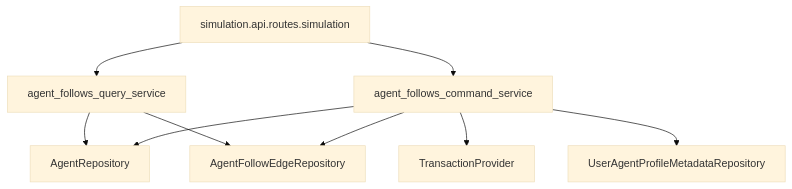
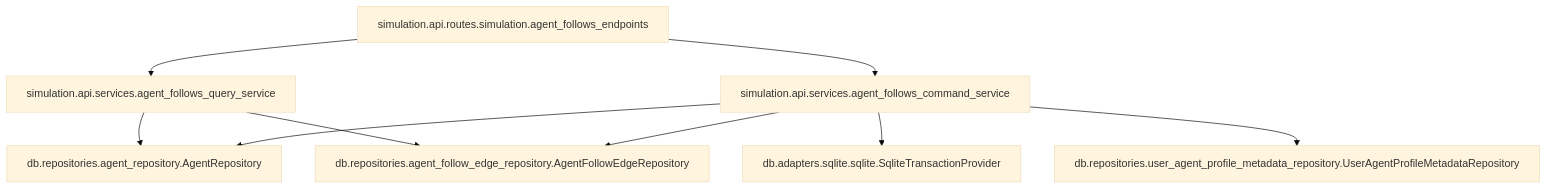
Before and after one commit to METResearchGroup/social_agent_simulation_platform: the diagram in docs/plans/2026-03-13_pr3_agent_follow_edges_593821/plan.md, drawn with Mermaid (base theme). The commit also changed other lines of this file and 2 other files, not shown here.

````diff
--- a/docs/plans/2026-03-13_pr3_agent_follow_edges_593821/plan.md
+++ b/docs/plans/2026-03-13_pr3_agent_follow_edges_593821/plan.md
@@ -22,13 +267,13 @@
 ```mermaid
 flowchart TD
-  ApiRoute[simulation.api.routes.simulation] --> QuerySvc[agent_follows_query_service]
-  ApiRoute --> CmdSvc[agent_follows_command_service]
+  ApiRoute[simulation.api.routes.simulation.agent_follows_endpoints] --> QuerySvc[simulation.api.services.agent_follows_query_service]
+  ApiRoute --> CmdSvc[simulation.api.services.agent_follows_command_service]
 
-  QuerySvc --> AgentRepo[AgentRepository]
-  QuerySvc --> FollowRepo[AgentFollowEdgeRepository]
+  QuerySvc --> AgentRepo[db.repositories.agent_repository.AgentRepository]
+  QuerySvc --> FollowEdgeRepo[db.repositories.agent_follow_edge_repository.AgentFollowEdgeRepository]
 
-  CmdSvc --> Tx[TransactionProvider]
+  CmdSvc --> Tx[db.adapters.sqlite.sqlite.SqliteTransactionProvider]
   CmdSvc --> AgentRepo
-  CmdSvc --> FollowRepo
-  CmdSvc --> MetadataRepo[UserAgentProfileMetadataRepository]
+  CmdSvc --> FollowEdgeRepo
+  CmdSvc --> MetadataRepo[db.repositories.user_agent_profile_metadata_repository.UserAgentProfileMetadataRepository]
 ```
````
